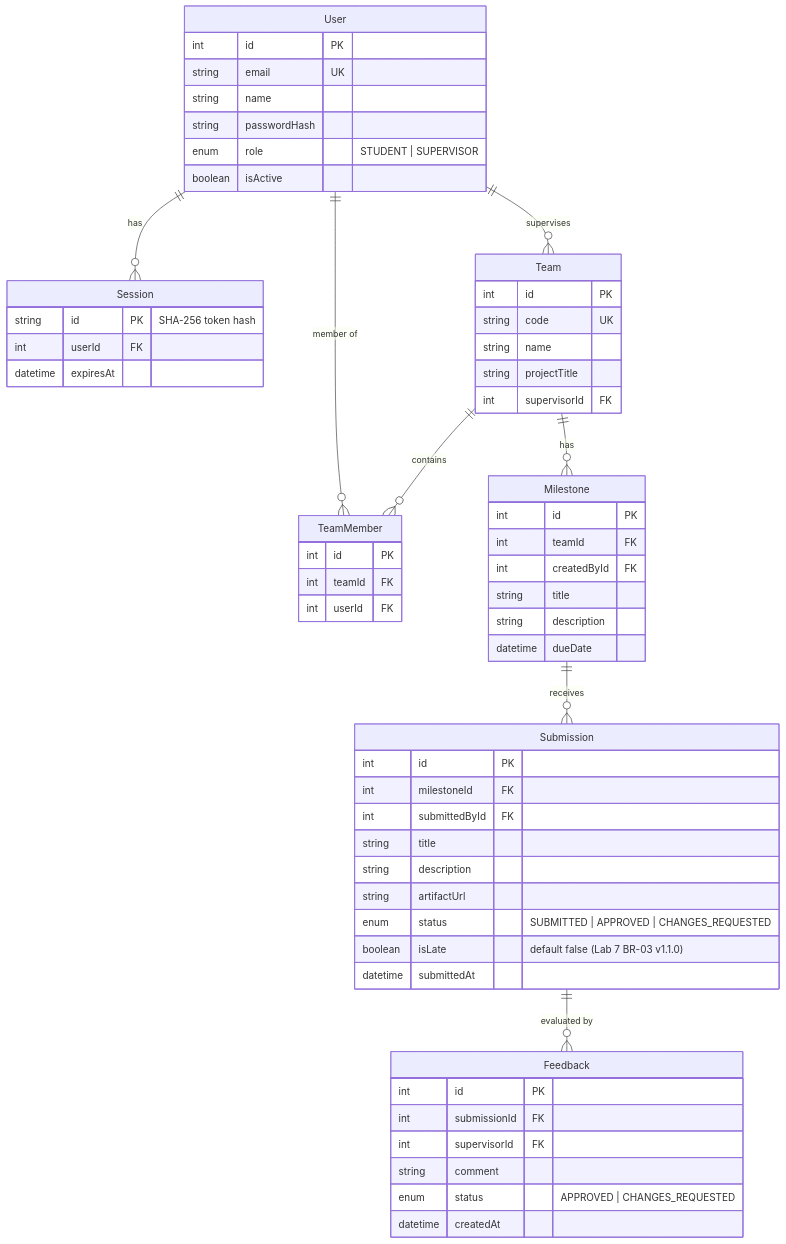
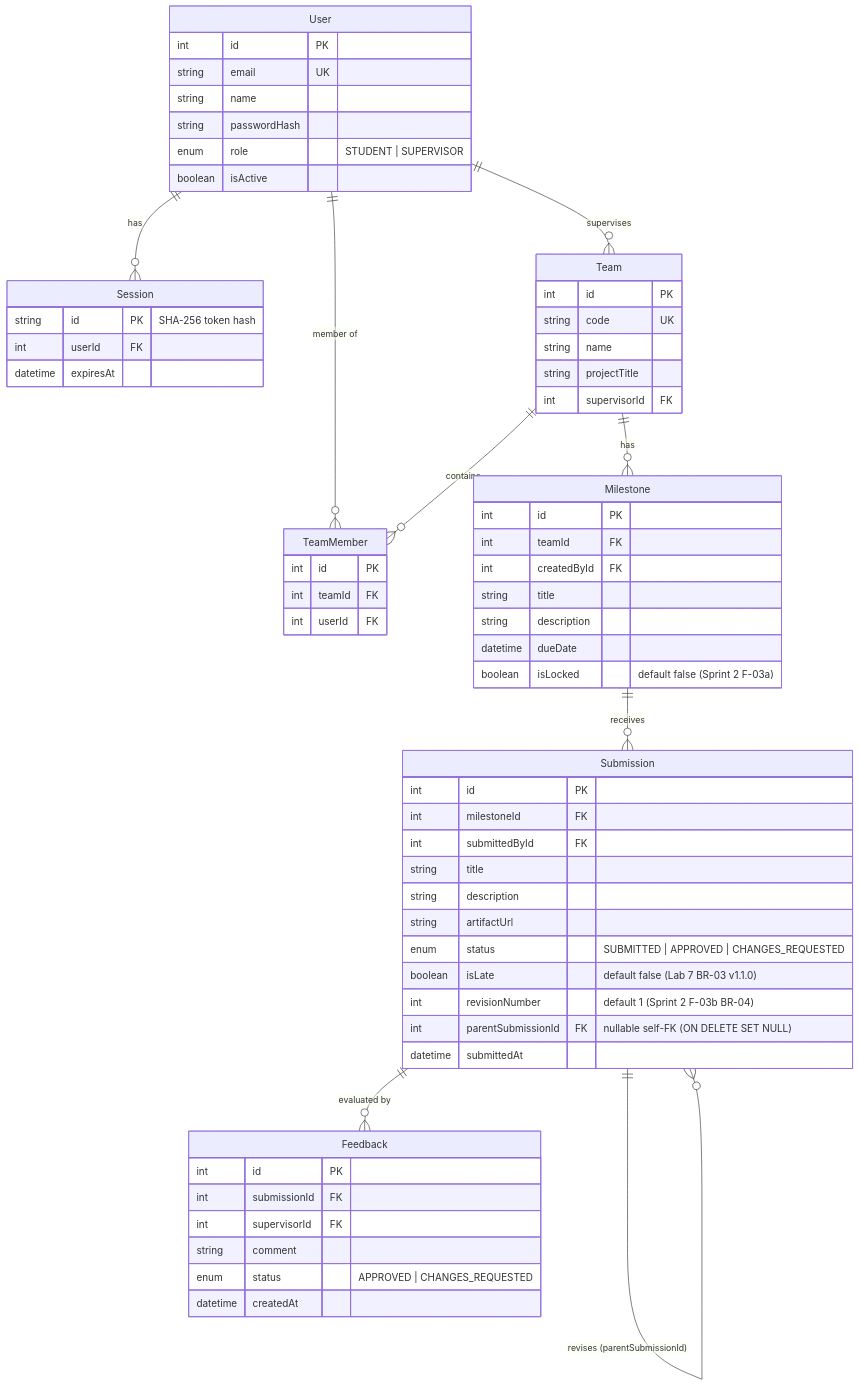
One commit to JinggXd/course-project-sprintDUO changed the second of 2 diagrams in docs/system-sds.md. Above: the diagram before and after it, drawn with Mermaid. The commit also changed other lines of this file and 13 other files, not shown here.

````diff
--- a/docs/system-sds.md
+++ b/docs/system-sds.md
@@ -23,63 +34,67 @@
 ```mermaid
 erDiagram
     User ||--o{ Session : "has"
     User ||--o{ Team : "supervises"
     User ||--o{ TeamMember : "member of"
     Team ||--o{ TeamMember : "contains"
     Team ||--o{ Milestone : "has"
     Milestone ||--o{ Submission : "receives"
+    Submission ||--o{ Submission : "revises (parentSubmissionId)"
     Submission ||--o{ Feedback : "evaluated by"
 
     User {
         int id PK
         string email UK
         string name
         string passwordHash
         enum role "STUDENT | SUPERVISOR"
         boolean isActive
     }
     Session {
         string id PK "SHA-256 token hash"
         int userId FK
         datetime expiresAt
     }
     Team {
         int id PK
         string code UK
         string name
         string projectTitle
         int supervisorId FK
     }
     TeamMember {
         int id PK
         int teamId FK
         int userId FK
     }
     Milestone {
         int id PK
         int teamId FK
         int createdById FK
         string title
         string description
         datetime dueDate
+        boolean isLocked "default false (Sprint 2 F-03a)"
     }
     Submission {
         int id PK
         int milestoneId FK
         int submittedById FK
         string title
         string description
         string artifactUrl
         enum status "SUBMITTED | APPROVED | CHANGES_REQUESTED"
         boolean isLate "default false (Lab 7 BR-03 v1.1.0)"
+        int revisionNumber "default 1 (Sprint 2 F-03b BR-04)"
+        int parentSubmissionId FK "nullable self-FK (ON DELETE SET NULL)"
         datetime submittedAt
     }
     Feedback {
         int id PK
         int submissionId FK
         int supervisorId FK
         string comment
         enum status "APPROVED | CHANGES_REQUESTED"
         datetime createdAt
     }
 ```
````
